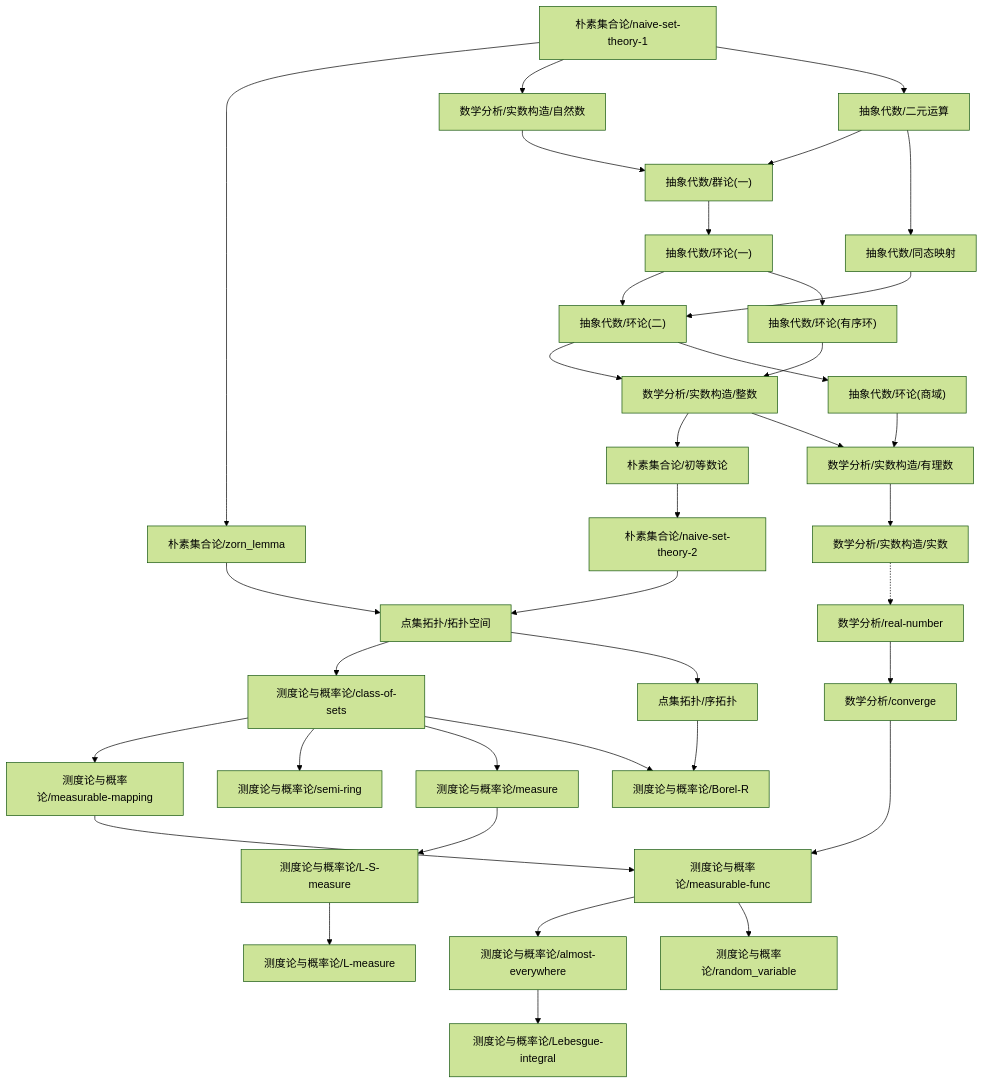
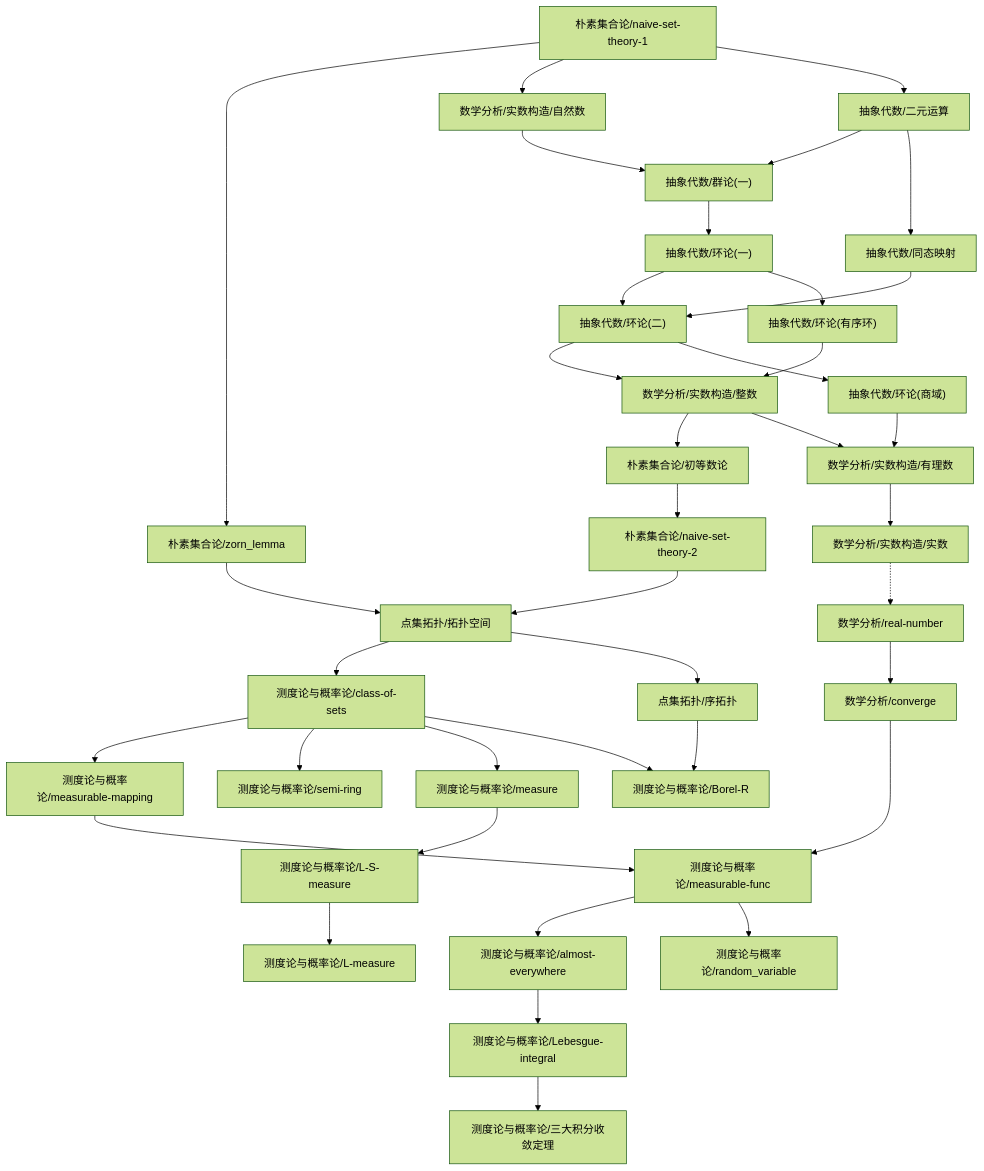
Before and after one commit to zeroDtree/zeroDtree.github.io: the diagram in content/测度论与概率论/dependency_graph.md, drawn with Mermaid (forest theme). The commit also changed 17 other files, not shown here.

````diff
--- a/content/测度论与概率论/dependency_graph.md
+++ b/content/测度论与概率论/dependency_graph.md
@@ -1,39 +1,40 @@
 ```mermaid
 graph TD
 1["点集拓扑/拓扑空间"] --> 0["测度论与概率论/class-of-sets"]
 3["测度论与概率论/almost-everywhere"] --> 2["测度论与概率论/Lebesgue-integral"]
 0["测度论与概率论/class-of-sets"] --> 4["测度论与概率论/measurable-mapping"]
 6["测度论与概率论/measure"] --> 5["测度论与概率论/L-S-measure"]
 4["测度论与概率论/measurable-mapping"] --> 7["测度论与概率论/measurable-func"]
 8["数学分析/converge"] --> 7["测度论与概率论/measurable-func"]
 0["测度论与概率论/class-of-sets"] --> 9["测度论与概率论/semi-ring"]
+2["测度论与概率论/Lebesgue-integral"] --> 10["测度论与概率论/三大积分收敛定理"]
 7["测度论与概率论/measurable-func"] --> 3["测度论与概率论/almost-everywhere"]
-7["测度论与概率论/measurable-func"] --> 10["测度论与概率论/random_variable"]
+7["测度论与概率论/measurable-func"] --> 11["测度论与概率论/random_variable"]
 0["测度论与概率论/class-of-sets"] --> 6["测度论与概率论/measure"]
-5["测度论与概率论/L-S-measure"] --> 12["测度论与概率论/L-measure"]
-0["测度论与概率论/class-of-sets"] --> 13["测度论与概率论/Borel-R"]
-14["点集拓扑/序拓扑"] --> 13["测度论与概率论/Borel-R"]
-1["点集拓扑/拓扑空间"] --> 14["点集拓扑/序拓扑"]
-15["朴素集合论/naive-set-theory-2"] --> 1["点集拓扑/拓扑空间"]
-16["朴素集合论/zorn_lemma"] --> 1["点集拓扑/拓扑空间"]
-17["朴素集合论/初等数论"] --> 15["朴素集合论/naive-set-theory-2"]
-18["朴素集合论/naive-set-theory-1"] --> 16["朴素集合论/zorn_lemma"]
-19["数学分析/实数构造/整数"] --> 17["朴素集合论/初等数论"]
-20["抽象代数/环论(二)"] --> 19["数学分析/实数构造/整数"]
-21["抽象代数/环论(有序环)"] --> 19["数学分析/实数构造/整数"]
-22["抽象代数/环论(一)"] --> 20["抽象代数/环论(二)"]
-23["抽象代数/同态映射"] --> 20["抽象代数/环论(二)"]
-22["抽象代数/环论(一)"] --> 21["抽象代数/环论(有序环)"]
-24["抽象代数/群论(一)"] --> 22["抽象代数/环论(一)"]
-25["数学分析/实数构造/自然数"] --> 24["抽象代数/群论(一)"]
-26["抽象代数/二元运算"] --> 24["抽象代数/群论(一)"]
-18["朴素集合论/naive-set-theory-1"] --> 25["数学分析/实数构造/自然数"]
-18["朴素集合论/naive-set-theory-1"] --> 26["抽象代数/二元运算"]
-26["抽象代数/二元运算"] --> 23["抽象代数/同态映射"]
-27["数学分析/real-number"] --> 8["数学分析/converge"]
-28["数学分析/实数构造/实数"] -.-> 27["数学分析/real-number"]
-29["数学分析/实数构造/有理数"] --> 28["数学分析/实数构造/实数"]
-19["数学分析/实数构造/整数"] --> 29["数学分析/实数构造/有理数"]
-30["抽象代数/环论(商域)"] --> 29["数学分析/实数构造/有理数"]
-20["抽象代数/环论(二)"] --> 30["抽象代数/环论(商域)"]
+5["测度论与概率论/L-S-measure"] --> 13["测度论与概率论/L-measure"]
+0["测度论与概率论/class-of-sets"] --> 14["测度论与概率论/Borel-R"]
+15["点集拓扑/序拓扑"] --> 14["测度论与概率论/Borel-R"]
+1["点集拓扑/拓扑空间"] --> 15["点集拓扑/序拓扑"]
+16["朴素集合论/naive-set-theory-2"] --> 1["点集拓扑/拓扑空间"]
+17["朴素集合论/zorn_lemma"] --> 1["点集拓扑/拓扑空间"]
+18["朴素集合论/初等数论"] --> 16["朴素集合论/naive-set-theory-2"]
+19["朴素集合论/naive-set-theory-1"] --> 17["朴素集合论/zorn_lemma"]
+20["数学分析/实数构造/整数"] --> 18["朴素集合论/初等数论"]
+21["抽象代数/环论(二)"] --> 20["数学分析/实数构造/整数"]
+22["抽象代数/环论(有序环)"] --> 20["数学分析/实数构造/整数"]
+23["抽象代数/环论(一)"] --> 21["抽象代数/环论(二)"]
+24["抽象代数/同态映射"] --> 21["抽象代数/环论(二)"]
+23["抽象代数/环论(一)"] --> 22["抽象代数/环论(有序环)"]
+25["抽象代数/群论(一)"] --> 23["抽象代数/环论(一)"]
+26["数学分析/实数构造/自然数"] --> 25["抽象代数/群论(一)"]
+27["抽象代数/二元运算"] --> 25["抽象代数/群论(一)"]
+19["朴素集合论/naive-set-theory-1"] --> 26["数学分析/实数构造/自然数"]
+19["朴素集合论/naive-set-theory-1"] --> 27["抽象代数/二元运算"]
+27["抽象代数/二元运算"] --> 24["抽象代数/同态映射"]
+28["数学分析/real-number"] --> 8["数学分析/converge"]
+29["数学分析/实数构造/实数"] -.-> 28["数学分析/real-number"]
+30["数学分析/实数构造/有理数"] --> 29["数学分析/实数构造/实数"]
+20["数学分析/实数构造/整数"] --> 30["数学分析/实数构造/有理数"]
+31["抽象代数/环论(商域)"] --> 30["数学分析/实数构造/有理数"]
+21["抽象代数/环论(二)"] --> 31["抽象代数/环论(商域)"]
 ```
````
